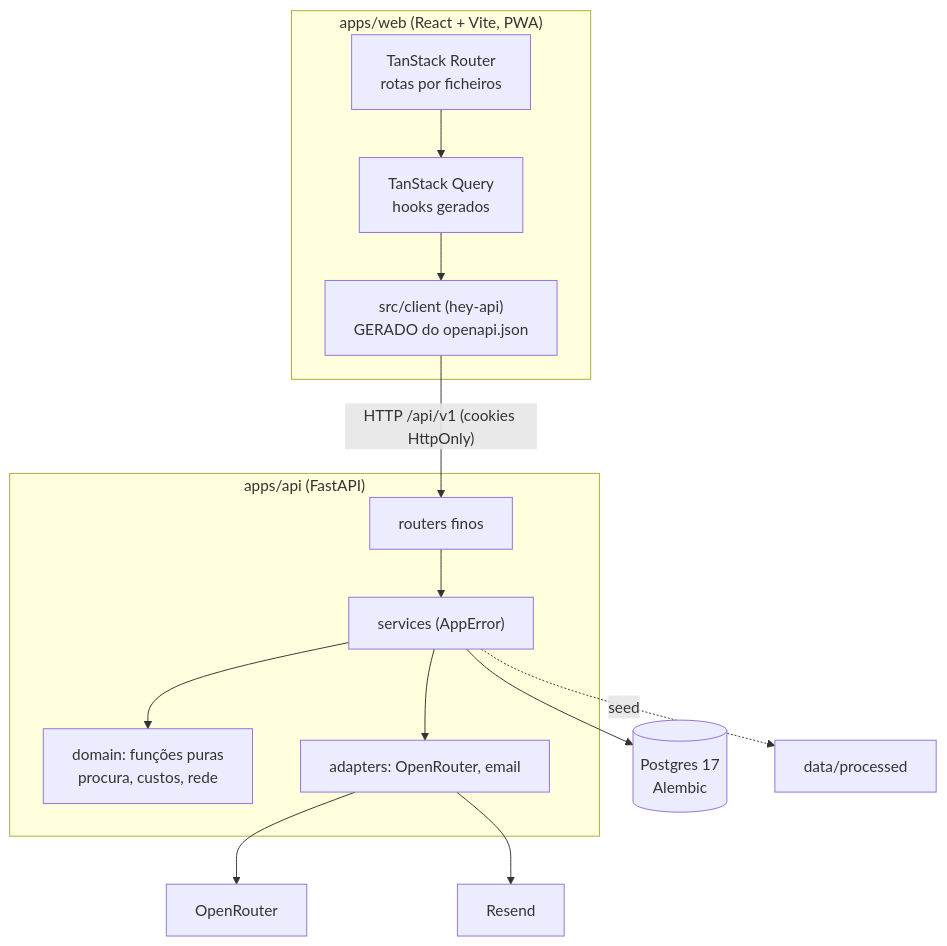
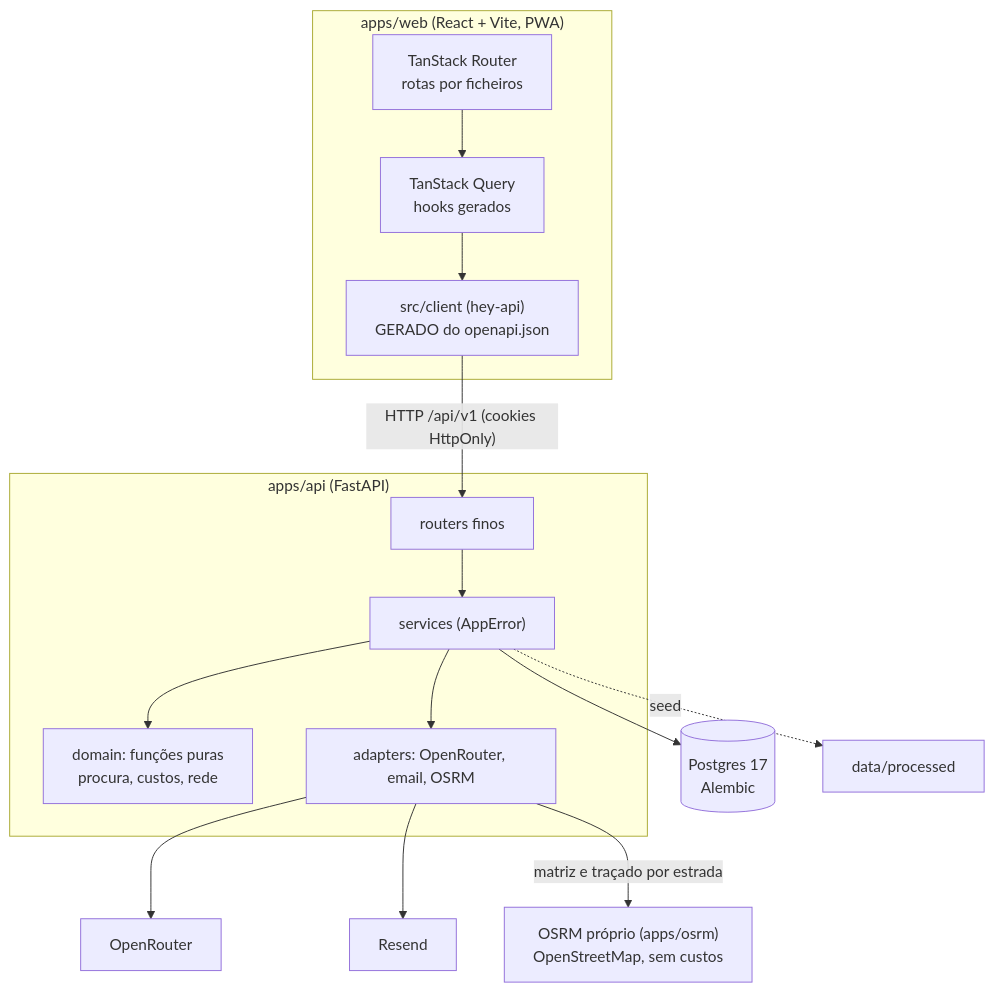
One commit to helderpgoncalves/novelo changed the diagram in docs/engenharia/arquitetura.md. Above: the diagram before and after it, drawn with Mermaid. The commit also changed other lines of this file and 55 other files, not shown here.

````diff
--- a/docs/engenharia/arquitetura.md
+++ b/docs/engenharia/arquitetura.md
@@ -5,22 +5,23 @@
 ```mermaid
 flowchart TB
     subgraph web["apps/web (React + Vite, PWA)"]
         R["TanStack Router<br/>rotas por ficheiros"]
         Q["TanStack Query<br/>hooks gerados"]
         C["src/client (hey-api)<br/>GERADO do openapi.json"]
         R --> Q --> C
     end
     subgraph api["apps/api (FastAPI)"]
         RT["routers finos"]
         SV["services (AppError)"]
         DM["domain: funções puras<br/>procura, custos, rede"]
-        AD["adapters: OpenRouter, email"]
+        AD["adapters: OpenRouter, email, OSRM"]
         RT --> SV --> DM
         SV --> AD
     end
     C -->|"HTTP /api/v1 (cookies HttpOnly)"| RT
     SV --> DB[("Postgres 17<br/>Alembic")]
     AD --> OR["OpenRouter"]
     AD --> RS["Resend"]
+    AD -->|"matriz e traçado por estrada"| OS["OSRM próprio (apps/osrm)<br/>OpenStreetMap, sem custos"]
     SV -.->|"seed"| DP["data/processed"]
 ```
````
